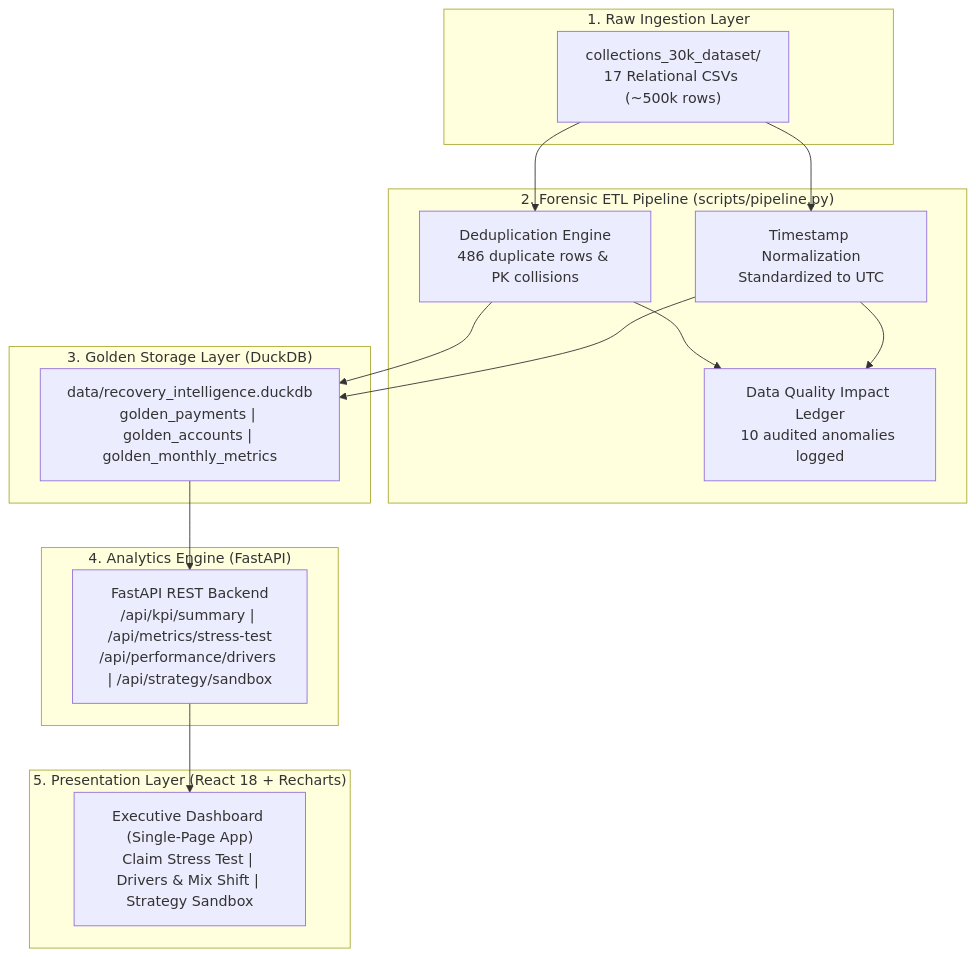
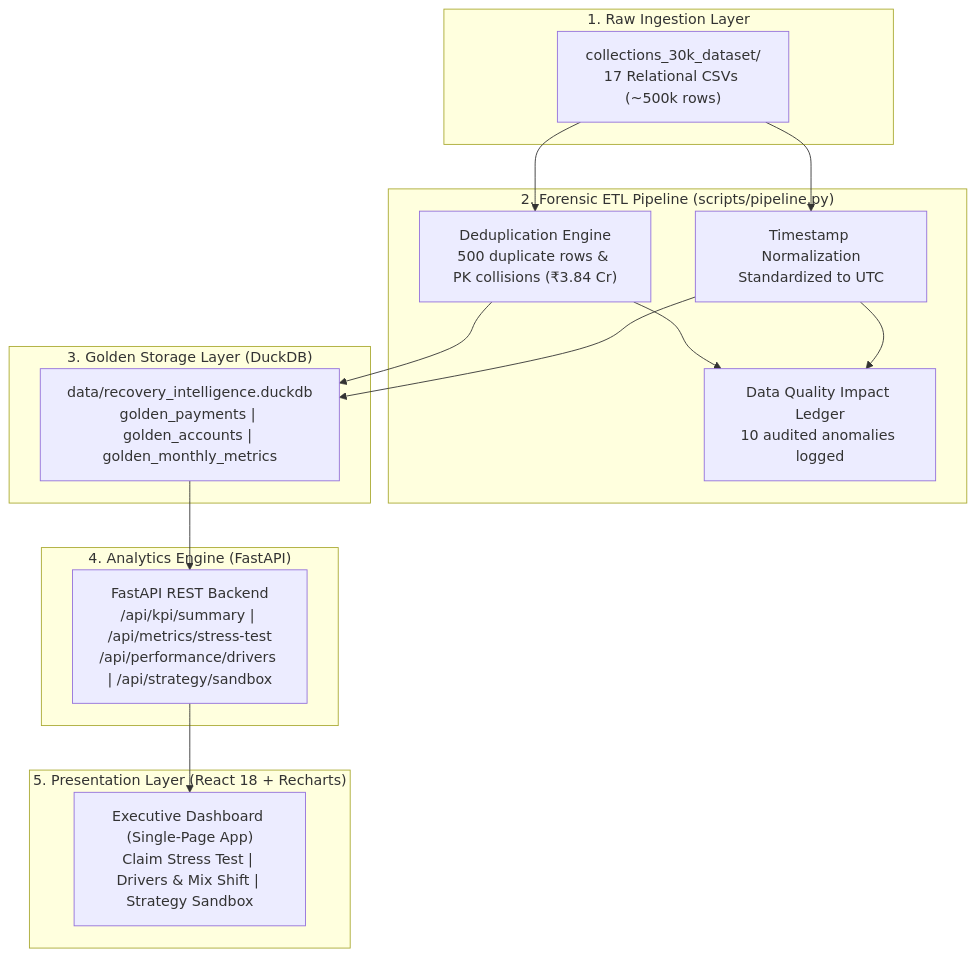
One commit to GeedipalliVasu/recovery-intelligence-lab changed the diagram in README.md. Above: the diagram before and after it, drawn with Mermaid. The commit also changed other lines of this file and 23 other files, not shown here.

````diff
--- a/README.md
+++ b/README.md
@@ -45,30 +45,30 @@
 ```mermaid
 flowchart TD
     subgraph S1["1. Raw Ingestion Layer"]
         CSV["collections_30k_dataset/<br/>17 Relational CSVs (~500k rows)"]
     end
 
     subgraph S2["2. Forensic ETL Pipeline (scripts/pipeline.py)"]
-        DEDUP["Deduplication Engine<br/>486 duplicate rows & PK collisions"]
+        DEDUP["Deduplication Engine<br/>500 duplicate rows & PK collisions (₹3.84 Cr)"]
         TIME["Timestamp Normalization<br/>Standardized to UTC"]
         DQ["Data Quality Impact Ledger<br/>10 audited anomalies logged"]
     end
 
     subgraph S3["3. Golden Storage Layer (DuckDB)"]
         GOLD["data/recovery_intelligence.duckdb<br/>golden_payments | golden_accounts | golden_monthly_metrics"]
     end
 
     subgraph S4["4. Analytics Engine (FastAPI)"]
         API["FastAPI REST Backend<br/>/api/kpi/summary | /api/metrics/stress-test<br/>/api/performance/drivers | /api/strategy/sandbox"]
     end
 
     subgraph S5["5. Presentation Layer (React 18 + Recharts)"]
         UI["Executive Dashboard (Single-Page App)<br/>Claim Stress Test | Drivers & Mix Shift | Strategy Sandbox"]
     end
 
     CSV --> DEDUP & TIME
     DEDUP & TIME --> DQ
     DEDUP & TIME --> GOLD
     GOLD --> API
     API --> UI
 ```
````
